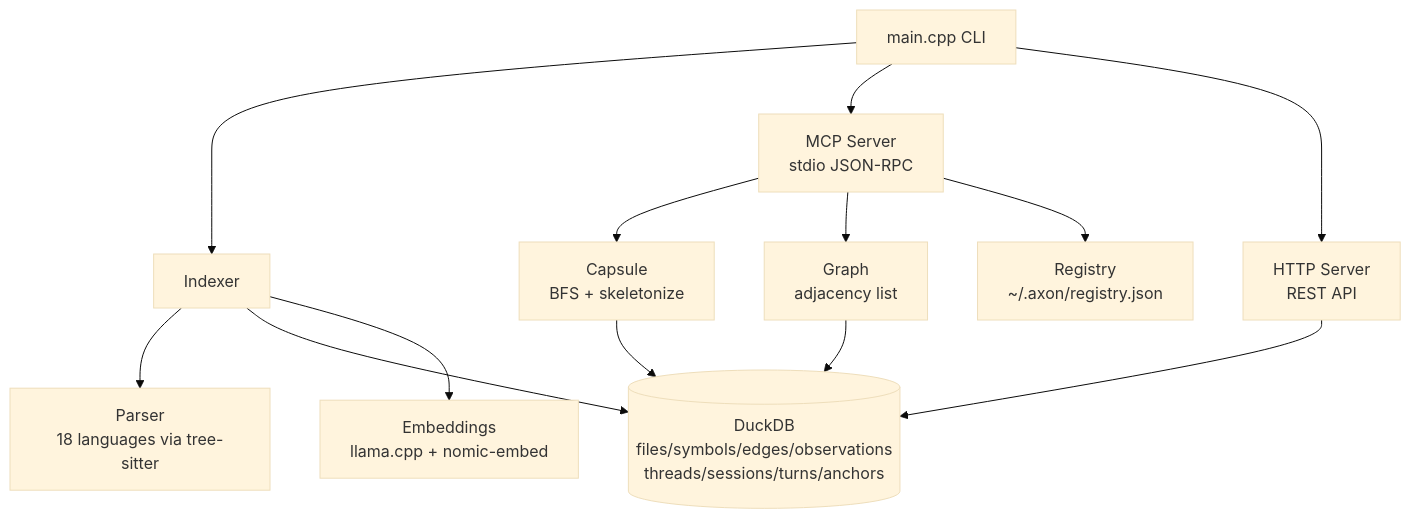
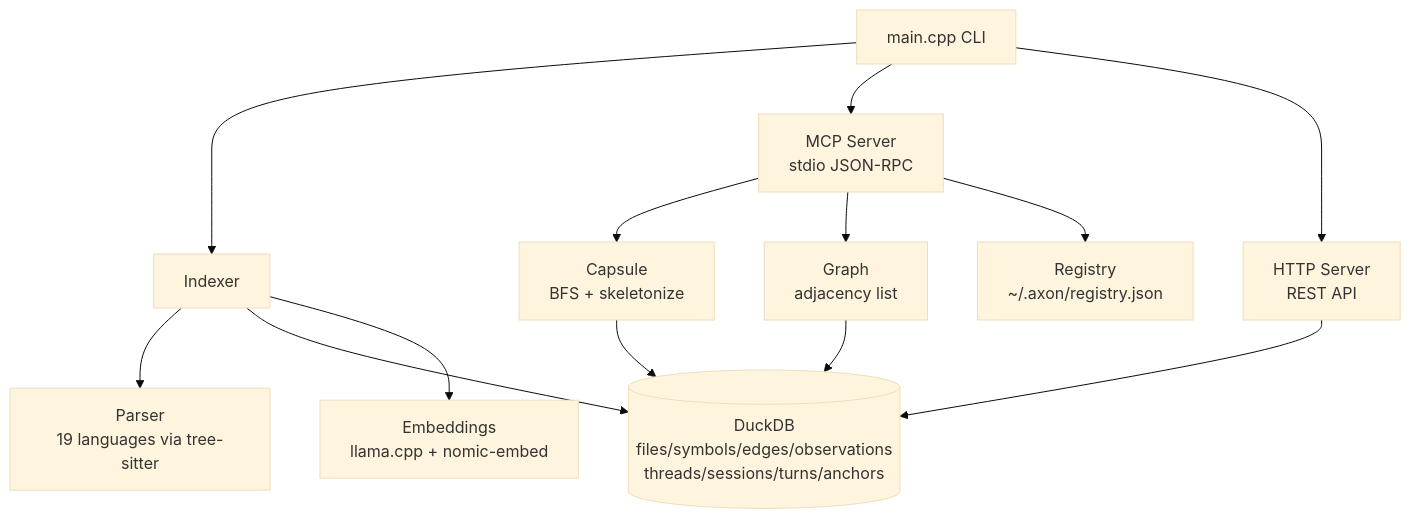
The second of 2 diagrams in README.md (HideakiSolutions/axon), drawn with Mermaid (base theme) before and after one commit. The commit also changed other lines of this file and 28 other files, not shown here.

````diff
--- a/README.md
+++ b/README.md
@@ -623,15 +624,15 @@
 ```mermaid
 graph TD
     CLI[main.cpp CLI] --> IDX[Indexer]
     CLI --> MCP[MCP Server\nstdio JSON-RPC]
     CLI --> HTTP[HTTP Server\nREST API]
-    IDX --> PARSER[Parser\n18 languages via tree-sitter]
+    IDX --> PARSER[Parser\n19 languages via tree-sitter]
     IDX --> DB[(DuckDB\nfiles/symbols/edges/observations\nthreads/sessions/turns/anchors)]
     IDX --> EMB[Embeddings\nllama.cpp + nomic-embed]
     MCP --> CAPS[Capsule\nBFS + skeletonize]
     MCP --> GRAPH[Graph\nadjacency list]
     MCP --> REG[Registry\n~/.axon/registry.json]
     HTTP --> DB
     CAPS --> DB
     GRAPH --> DB
 ```
````
